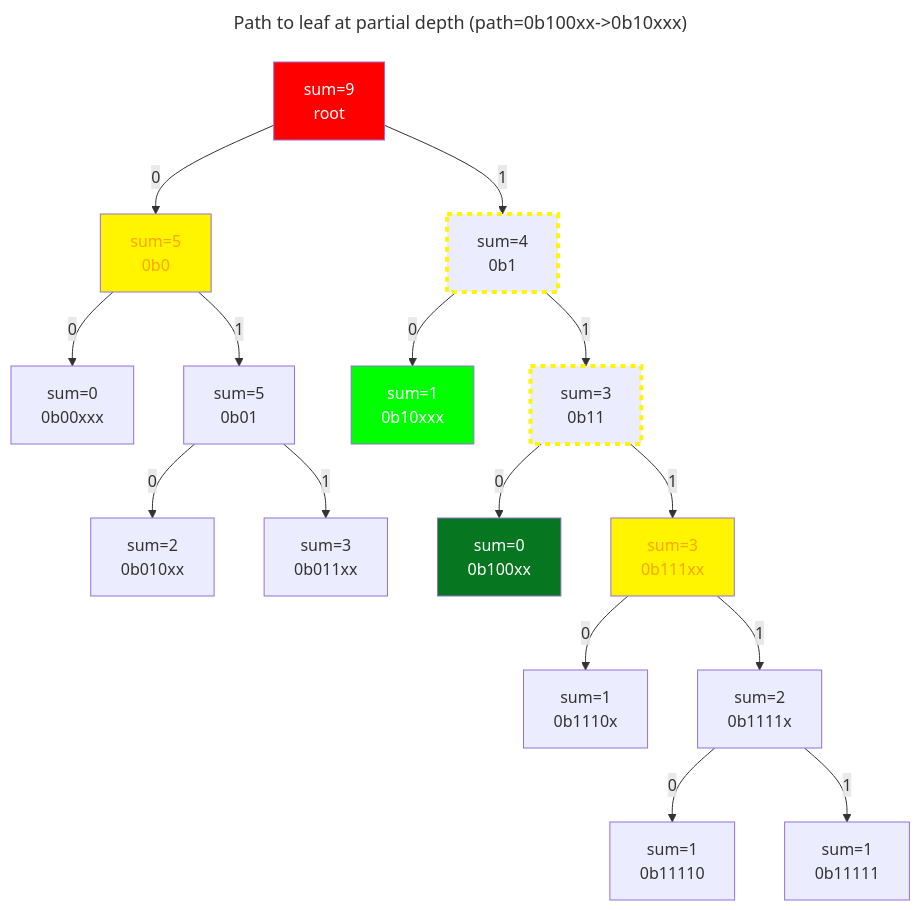
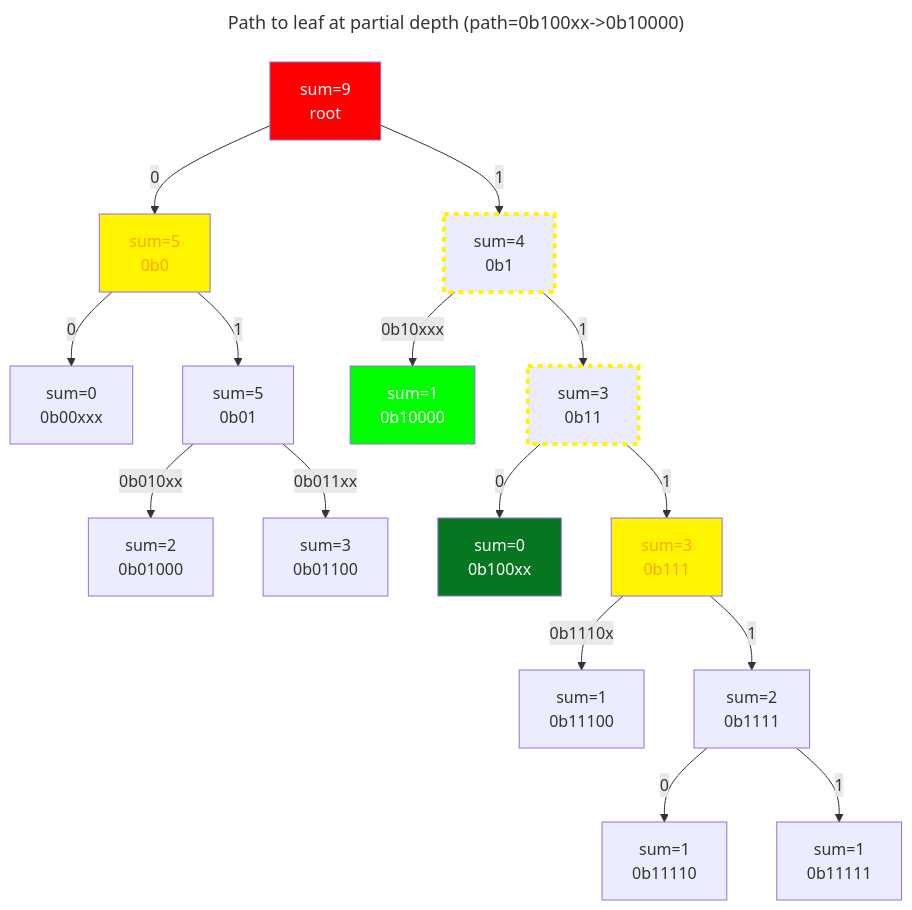
One commit to pokt-network/poktroll changed the seventh of 8 diagrams in docusaurus/docs/protocol/claim_and_proof_lifecycle.md. Above: the diagram before and after it, drawn with Mermaid. The commit also changed other lines of this file and 1 other file, not shown here.

````diff
--- a/docusaurus/docs/protocol/claim_and_proof_lifecycle.md
+++ b/docusaurus/docs/protocol/claim_and_proof_lifecycle.md
@@ -400,46 +419,46 @@
 ```mermaid
 ---
-title: Path to leaf at partial depth (path=0b100xx->0b10xxx)
+title: Path to leaf at partial depth (path=0b100xx->0b10000)
 ---
 graph TB
     %% Define a class for red nodes
     classDef redNode fill:#ff0000, color:#ffffff;
     classDef greenNode fill:#00ff00, color:#ffffff;
     classDef greenNodeDark fill:#067620, color:#ffffff;
     classDef blueNode fill:#0000ff, color:#ffffff;
     classDef yellowNode fill:#fff500, color:#ffa500
     classDef yellowBorderNode stroke:#fff500, stroke-width:4px, stroke-dasharray: 5 5
 
     %% Define root node
     R[sum=9<br>root]
 
     %% Height = 1
-    R --0--> N1[sum=5<br>0b0]
-    R --1--> N2[sum=4<br>0b1]
+    R -- 0 --> N1[sum=5<br>0b0]
+    R -- 1 --> N2[sum=4<br>0b1]
 
     %% Height = 2
-    N1 --0--> E1[sum=0<br>0b00xxx]
-    N1 --1--> N3[sum=5<br>0b01]
-    N2 --0--> L1[sum=1<br>0b10xxx]
-    N2 --1--> N4[sum=3<br>0b11]
+    N1 -- 0 --> E1[sum=0<br>0b00xxx]
+    N1 -- 1 --> N3[sum=5<br>0b01]
+    N2 -- 0b10xxx --> L1[sum=1<br>0b10000]
+    N2 -- 1 --> N4[sum=3<br>0b11]
 
     %% Height = 3
-    N3 --0--> L2[sum=2<br>0b010xx]
-    N3 --1--> L3[sum=3<br>0b011xx]
-    N4 --0--> E2[sum=0<br>0b100xx]
-    N4 --1--> N5[sum=3<br>0b111xx]
+    N3 -- 0b010xx --> L2[sum=2<br>0b01000]
+    N3 -- 0b011xx --> L3[sum=3<br>0b01100]
+    N4 -- 0 --> E2[sum=0<br>0b100xx]
+    N4 -- 1 --> N5[sum=3<br>0b111]
 
     %% Height = 4
-    N5 --0--> L4[sum=1<br>0b1110x]
-    N5 --1--> N6[sum=2<br>0b1111x]
+    N5 -- 0b1110x --> L4[sum=1<br>0b11100]
+    N5 -- 1 --> N6[sum=2<br>0b1111]
 
     %% Height = 5
-    N6 --0--> L5[sum=1<br>0b11110]
-    N6 --1--> L6[sum=1<br>0b11111]
+    N6 -- 0 --> L5[sum=1<br>0b11110]
+    N6 -- 1 --> L6[sum=1<br>0b11111]
 
     class R redNode;
     class N1,N5 yellowNode;
     class N4,N2 yellowBorderNode;
     class E2,L1 greenNode;
     class E2 greenNodeDark;
 ```
````
